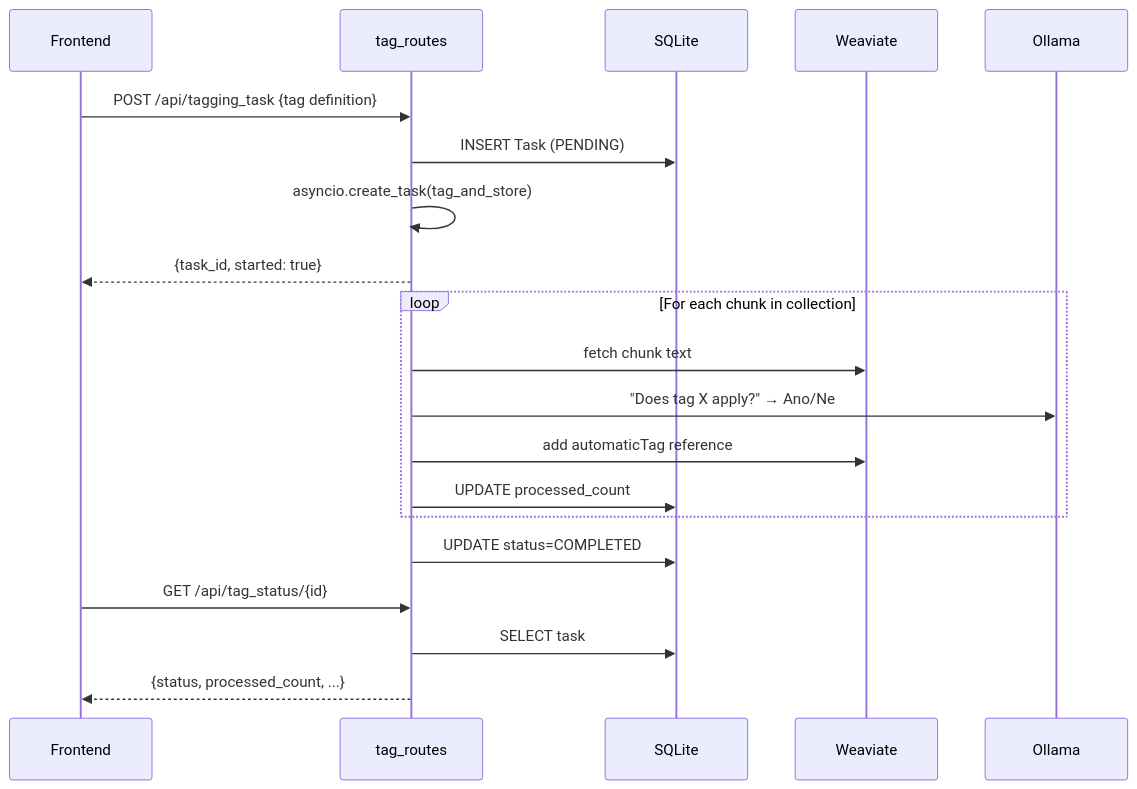
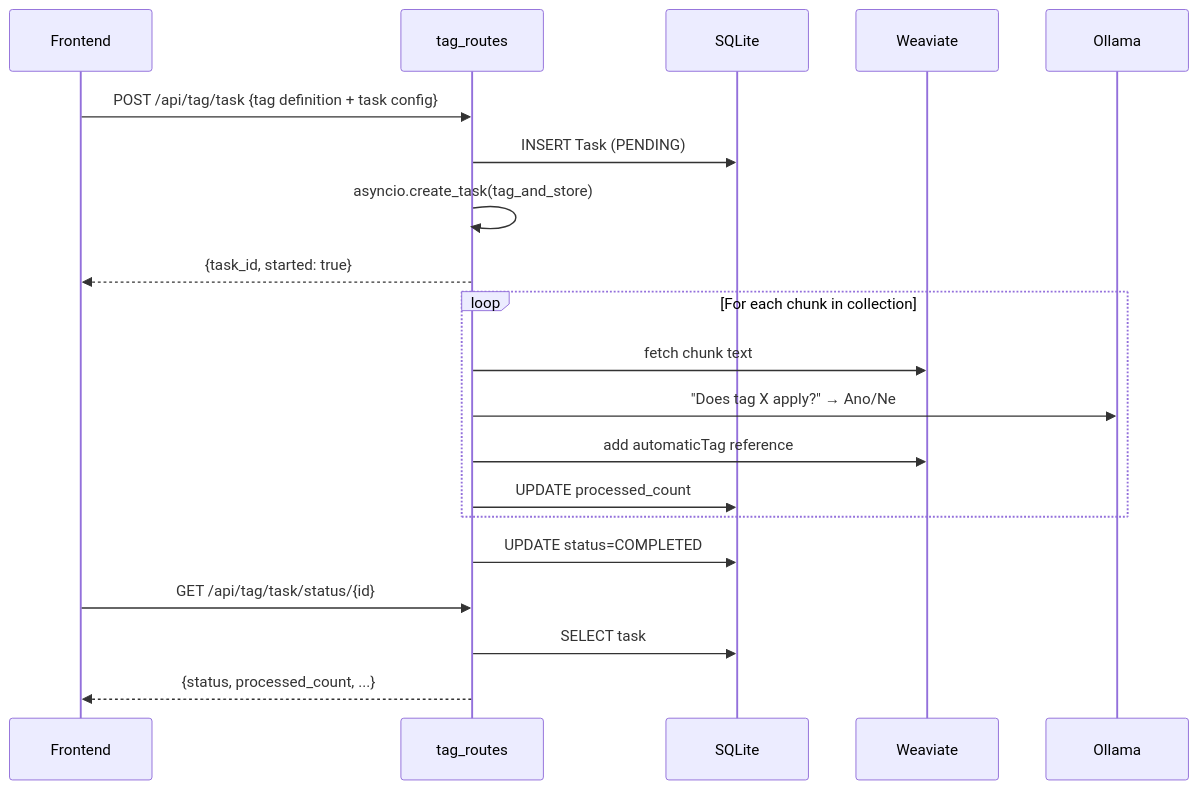
One commit to DCGM/semant-demo changed the sixth of 6 diagrams in docs/ARCHITECTURE.md. Above: the diagram before and after it, drawn with Mermaid. The commit also changed other lines of this file and 2 other files, not shown here.

Commit message:
Enhance Weaviate backend: add missing API methods for document and user collections, update architecture references, and refine database schema

````diff
--- a/docs/ARCHITECTURE.md
+++ b/docs/ARCHITECTURE.md
@@ -305,26 +304,26 @@
 ```mermaid
 sequenceDiagram
     participant FE as Frontend
     participant BE as tag_routes
     participant SQL as SQLite
     participant WV as Weaviate
     participant LLM as Ollama
 
-    FE->>BE: POST /api/tagging_task {tag definition}
+    FE->>BE: POST /api/tag/task {tag definition + task config}
     BE->>SQL: INSERT Task (PENDING)
     BE->>BE: asyncio.create_task(tag_and_store)
     BE-->>FE: {task_id, started: true}
 
     loop For each chunk in collection
         BE->>WV: fetch chunk text
         BE->>LLM: "Does tag X apply?" → Ano/Ne
         BE->>WV: add automaticTag reference
         BE->>SQL: UPDATE processed_count
     end
 
     BE->>SQL: UPDATE status=COMPLETED
 
-    FE->>BE: GET /api/tag_status/{id}
+    FE->>BE: GET /api/tag/task/status/{id}
     BE->>SQL: SELECT task
     BE-->>FE: {status, processed_count, ...}
 ```
````
